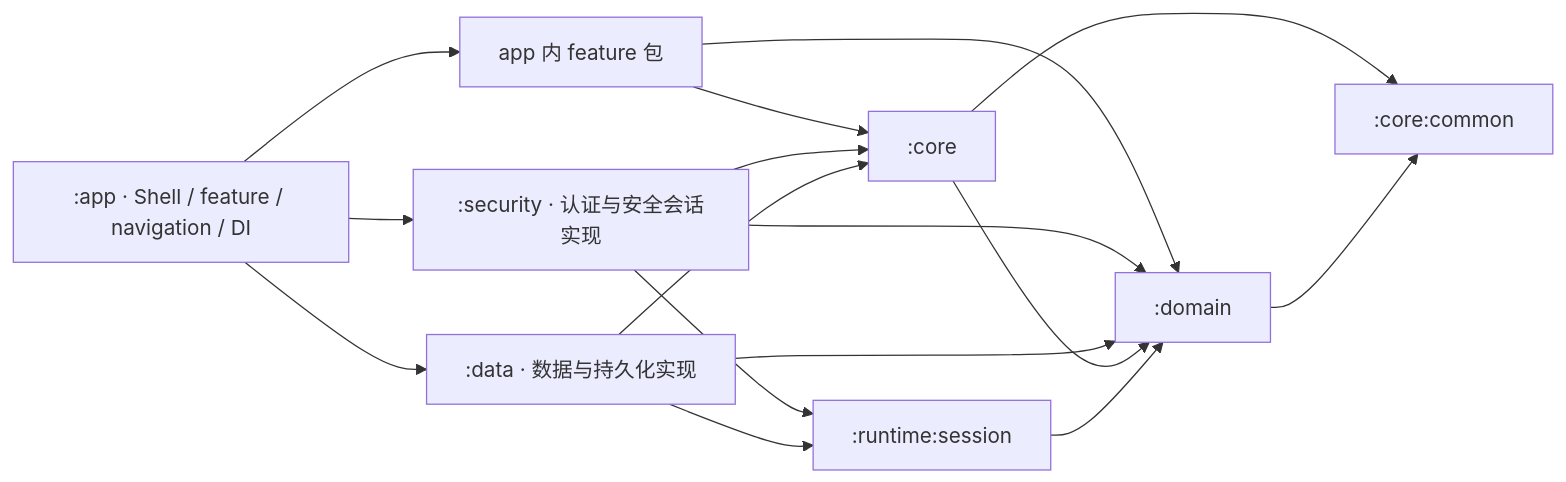
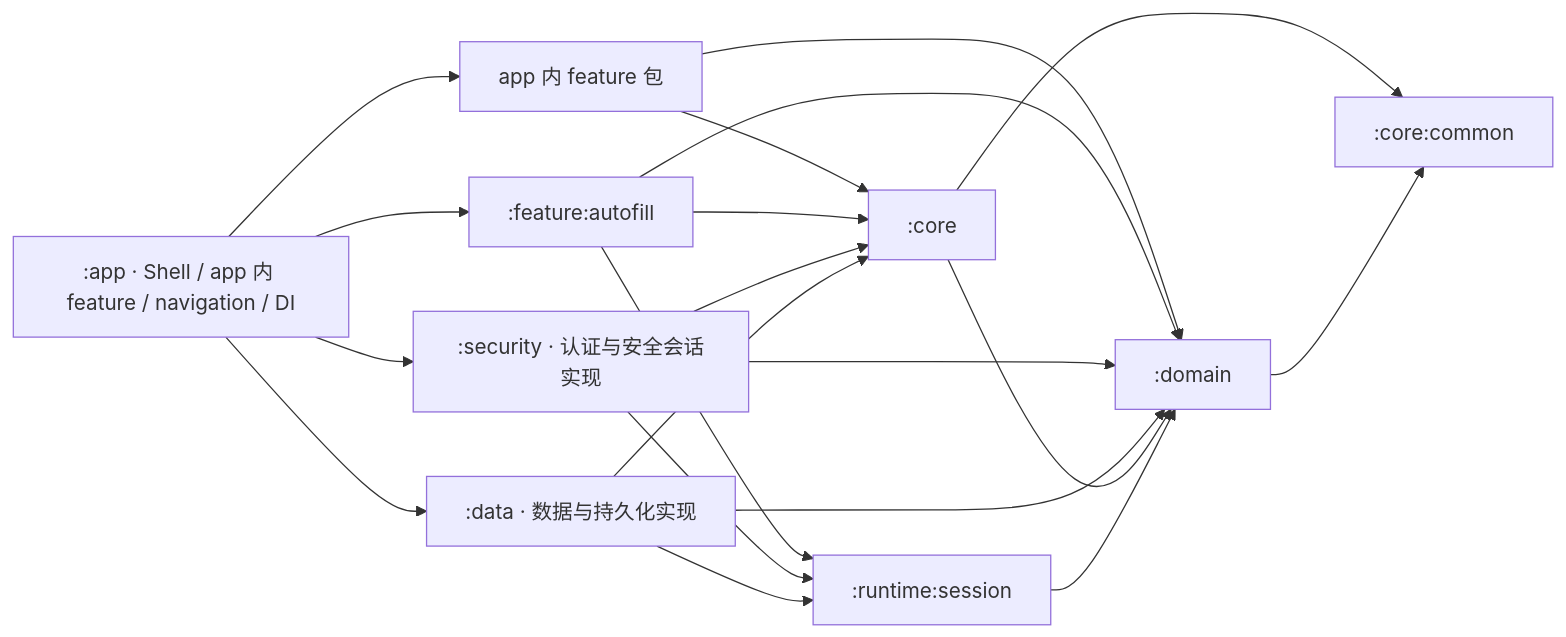
One commit to aozijx/Passly changed the first of 2 diagrams in docs/architecture/overview.md. Above: the diagram before and after it, drawn with Mermaid. The commit also changed other lines of this file and 1 other file, not shown here.

Commit message:
docs(autofill): document module boundaries

````diff
--- a/docs/architecture/overview.md
+++ b/docs/architecture/overview.md
@@ -23,18 +26,22 @@
 ```mermaid
 flowchart LR
-    APP[":app · Shell / feature / navigation / DI"] --> FEATURE["app 内 feature 包"]
+    APP[":app · Shell / app 内 feature / navigation / DI"] --> FEATURE["app 内 feature 包"]
+    APP --> AUTOFILL[":feature:autofill"]
     APP --> DATA[":data · 数据与持久化实现"]
     APP --> SECURITY[":security · 认证与安全会话实现"]
     FEATURE --> CORE[":core"]
     FEATURE --> D[":domain"]
+    AUTOFILL --> CORE
+    AUTOFILL --> D
+    AUTOFILL --> SESSION[":runtime:session"]
     SECURITY --> SESSION
     SECURITY --> CORE
     SECURITY --> D
     DATA --> SESSION[":runtime:session"]
     DATA --> CORE
     DATA --> D
     CORE --> D
     CORE --> COMMON
     SESSION --> D
     D --> COMMON[":core:common"]
 ```
````
